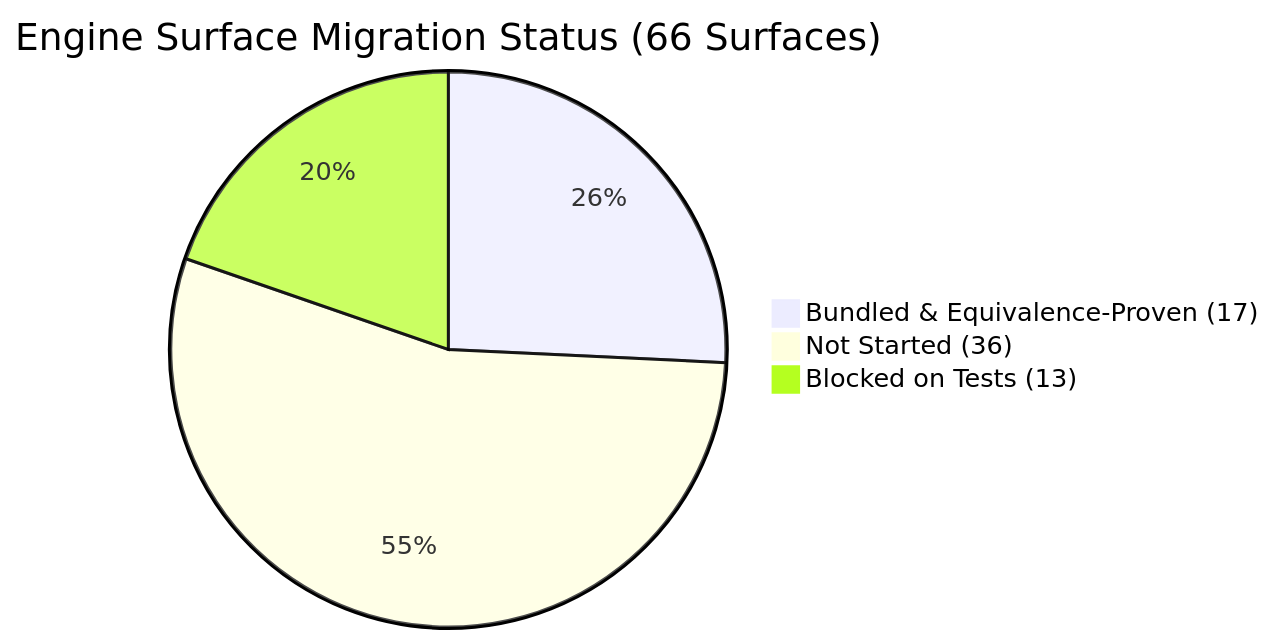
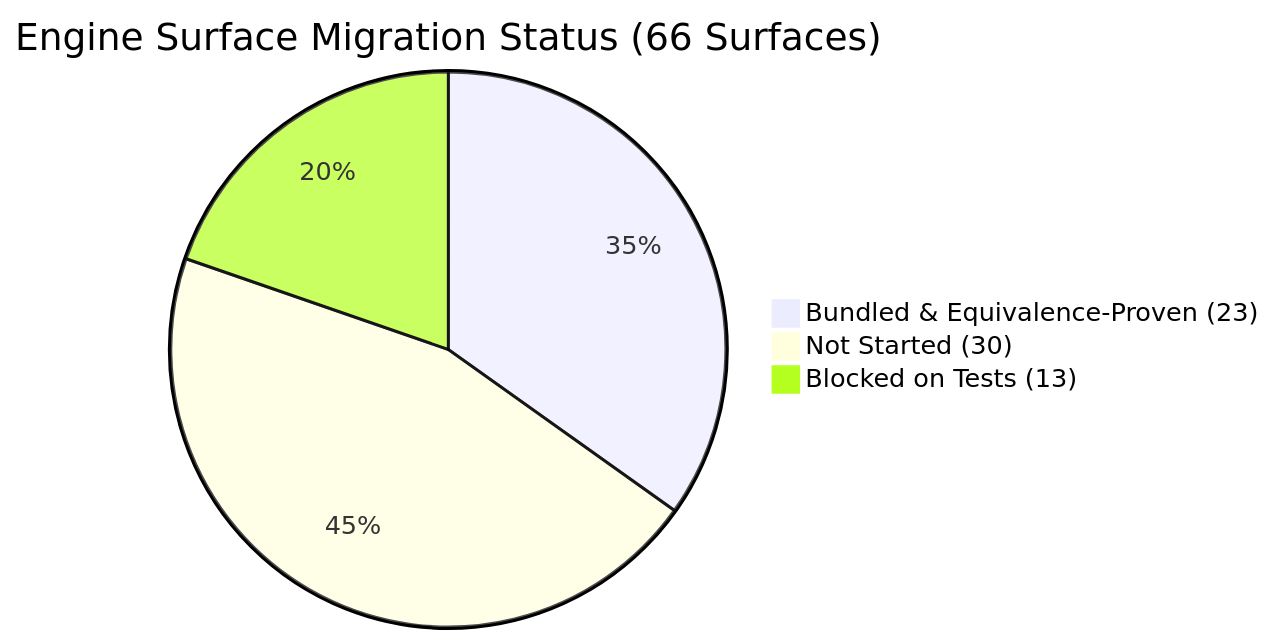
One commit to wlejon/brosurface changed the diagram in docs/COVERAGE.md. Above: the diagram before and after it, drawn with Mermaid. The commit also changed other lines of this file and 7 other files, not shown here.

````diff
--- a/docs/COVERAGE.md
+++ b/docs/COVERAGE.md
@@ -33,6 +33,6 @@
 ```mermaid
 pie title Engine Surface Migration Status (66 Surfaces)
-    "Bundled & Equivalence-Proven (17)" : 17
-    "Not Started (36)" : 36
+    "Bundled & Equivalence-Proven (23)" : 23
+    "Not Started (30)" : 30
     "Blocked on Tests (13)" : 13
 ```
````
